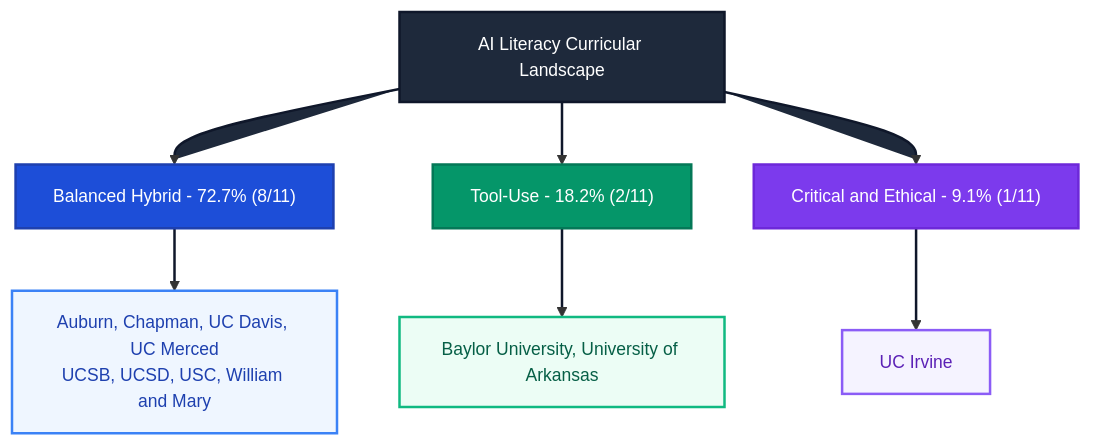
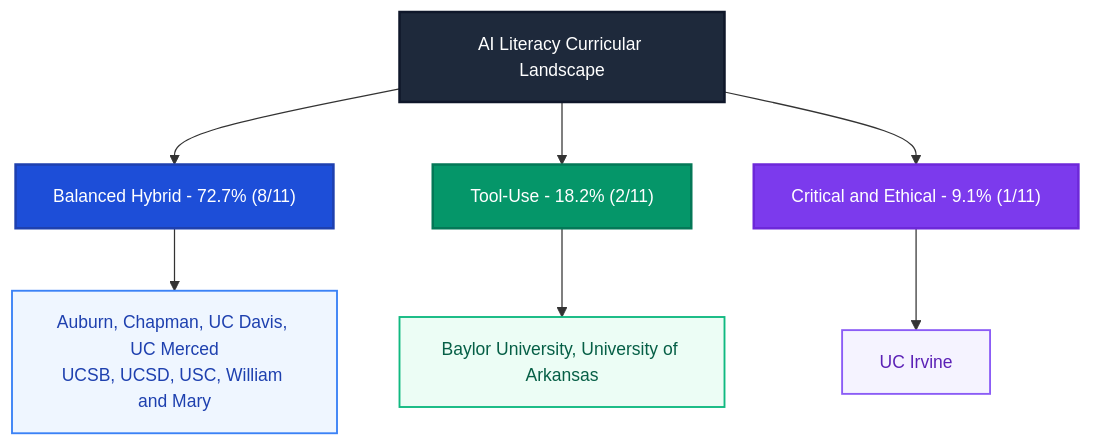
One commit to UCSB-Library-Research-Data-Services/AI-Literacy changed the diagram in chapters/01-executive-summary.qmd. Above: the diagram before and after it, drawn with Mermaid. The commit also changed 8 other files, not shown here.

````diff
--- a/chapters/01-executive-summary.qmd
+++ b/chapters/01-executive-summary.qmd
@@ -32,30 +32,30 @@
 ```{mermaid}
 %%| fig-cap: "Distribution of Primary AI Literacy Curricular Orientations across Institutions"
 %%{init: {'flowchart': {'htmlLabels': false}, 'themeVariables': {'fontSize': '14px'}}}%%
 flowchart TD
     ROOT["AI Literacy Curricular Landscape"]
     ROOT --> T1["Balanced Hybrid - 72.7% (8/11)"]
     ROOT --> T2["Tool-Use - 18.2% (2/11)"]
     ROOT --> T3["Critical and Ethical - 9.1% (1/11)"]
 
     T1 --> I1["`Auburn, Chapman, UC Davis, UC Merced
                 UCSB, UCSD, USC, William and Mary`"]
     T2 --> I2["Baylor University, University of Arkansas"]
     T3 --> I3["UC Irvine"]
 
-    classDef root fill:#1e293b,stroke:#0f172a,stroke-width:2px,color:#ffffff;
+    classDef landscapeRoot fill:#1e293b,stroke:#0f172a,stroke-width:2px,color:#ffffff;
     classDef hybridHeader fill:#1d4ed8,stroke:#1e40af,stroke-width:2px,color:#ffffff;
-    classDef hybridNode fill:#eff6ff,stroke:#3b82f6,stroke-width:2px,color:#1e40af;
+    classDef hybridNode fill:#eff6ff,stroke:#3b82f6,stroke-width:1.5px,color:#1e40af;
     classDef toolHeader fill:#059669,stroke:#047857,stroke-width:2px,color:#ffffff;
-    classDef toolNode fill:#ecfdf5,stroke:#10b981,stroke-width:2px,color:#065f46;
+    classDef toolNode fill:#ecfdf5,stroke:#10b981,stroke-width:1.5px,color:#065f46;
     classDef critHeader fill:#7c3aed,stroke:#6d28d9,stroke-width:2px,color:#ffffff;
-    classDef critNode fill:#f5f3ff,stroke:#8b5cf6,stroke-width:2px,color:#5b21b6;
+    classDef critNode fill:#f5f3ff,stroke:#8b5cf6,stroke-width:1.5px,color:#5b21b6;
 
-    class ROOT root;
+    class ROOT landscapeRoot;
     class T1 hybridHeader;
     class I1 hybridNode;
     class T2 toolHeader;
     class I2 toolNode;
     class T3 critHeader;
     class I3 critNode;
 ```
````
